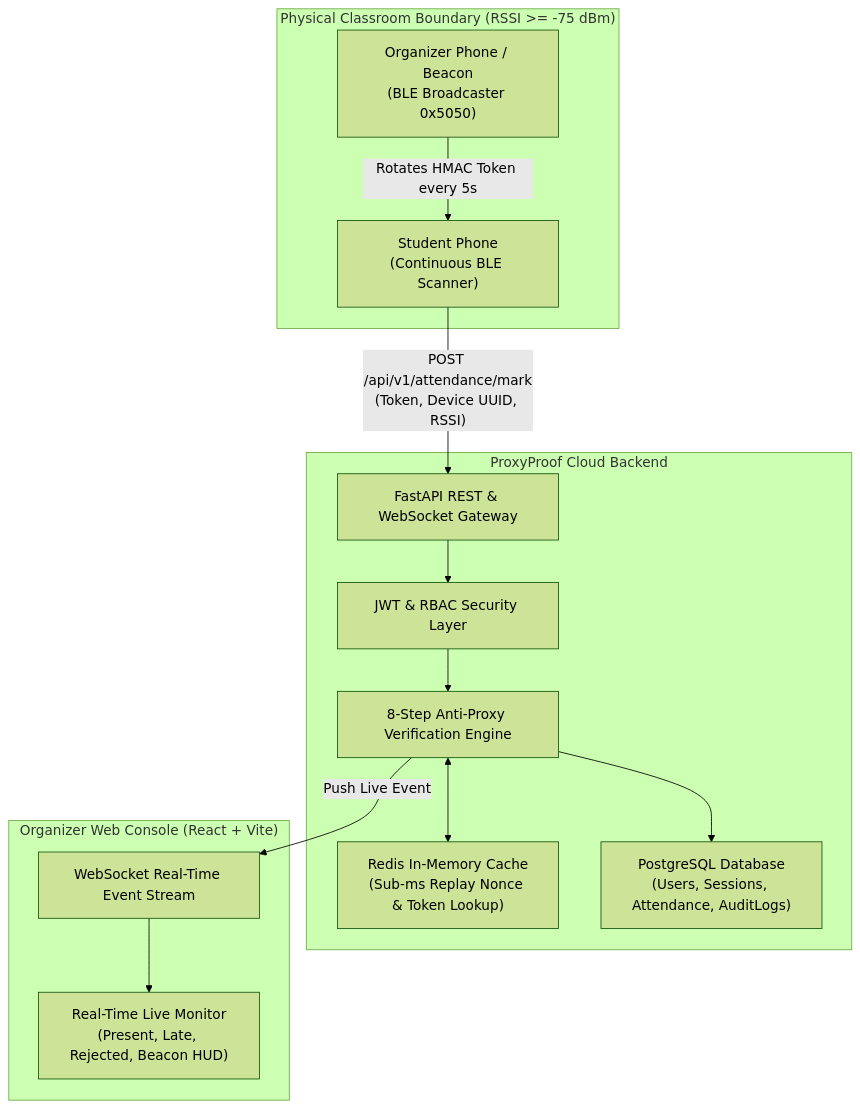
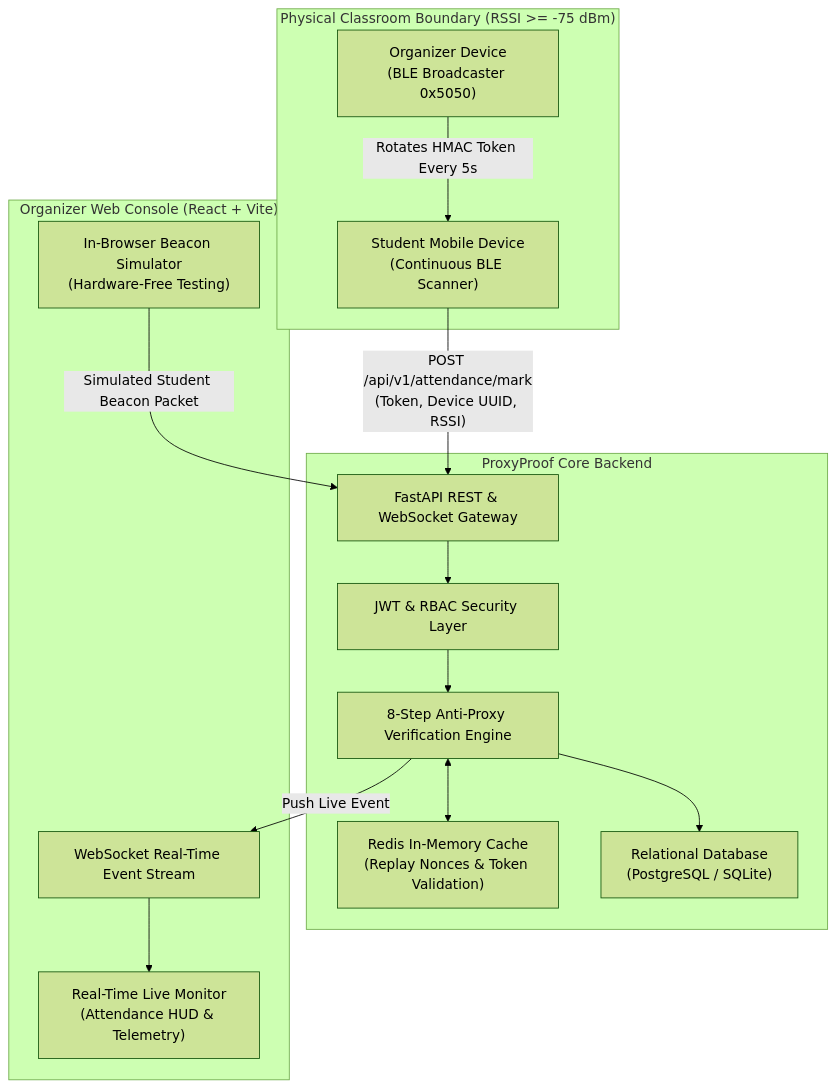
The first of 3 diagrams in README.md (Dhyanesh2603/ProxyProof), drawn with Mermaid (forest theme) before and after one commit. The commit also changed other lines of this file, not shown here.

````diff
--- a/README.md
+++ b/README.md
@@ -91,27 +57,29 @@
 ```mermaid
 flowchart TD
-    subgraph Classroom ["Physical Classroom Boundary (RSSI >= -75 dBm)"]
-        OrganizerPhone["Organizer Phone / Beacon<br/>(BLE Broadcaster 0x5050)"]
-        StudentPhone["Student Phone<br/>(Continuous BLE Scanner)"]
+    subgraph ClassroomBoundary ["Physical Classroom Boundary (RSSI >= -75 dBm)"]
+        OrganizerPhone["Organizer Device<br/>(BLE Broadcaster 0x5050)"]
+        StudentPhone["Student Mobile Device<br/>(Continuous BLE Scanner)"]
     end
 
-    subgraph BackendInfrastructure ["ProxyProof Cloud Backend"]
+    subgraph BackendInfrastructure ["ProxyProof Core Backend"]
         FastAPI["FastAPI REST & WebSocket Gateway"]
         AuthModule["JWT & RBAC Security Layer"]
         Pipeline["8-Step Anti-Proxy Verification Engine"]
-        RedisCache["Redis In-Memory Cache<br/>(Sub-ms Replay Nonce & Token Lookup)"]
-        PostgreSQL["PostgreSQL Database<br/>(Users, Sessions, Attendance, AuditLogs)"]
+        RedisCache["Redis In-Memory Cache<br/>(Replay Nonces & Token Validation)"]
+        Database["Relational Database<br/>(PostgreSQL / SQLite)"]
     end
 
-    subgraph MonitoringConsole ["Organizer Web Console (React + Vite)"]
-        Dashboard["Real-Time Live Monitor<br/>(Present, Late, Rejected, Beacon HUD)"]
+    subgraph ManagementConsole ["Organizer Web Console (React + Vite)"]
+        Dashboard["Real-Time Live Monitor<br/>(Attendance HUD & Telemetry)"]
+        Simulator["In-Browser Beacon Simulator<br/>(Hardware-Free Testing)"]
         WSFeed["WebSocket Real-Time Event Stream"]
     end
 
-    OrganizerPhone -- "Rotates HMAC Token every 5s" --> StudentPhone
+    OrganizerPhone -- "Rotates HMAC Token Every 5s" --> StudentPhone
     StudentPhone -- "POST /api/v1/attendance/mark<br/>(Token, Device UUID, RSSI)" --> FastAPI
+    Simulator -- "Simulated Student Beacon Packet" --> FastAPI
     FastAPI --> AuthModule --> Pipeline
     Pipeline <--> RedisCache
-    Pipeline --> PostgreSQL
+    Pipeline --> Database
     Pipeline -- "Push Live Event" --> WSFeed --> Dashboard
 ```
````
